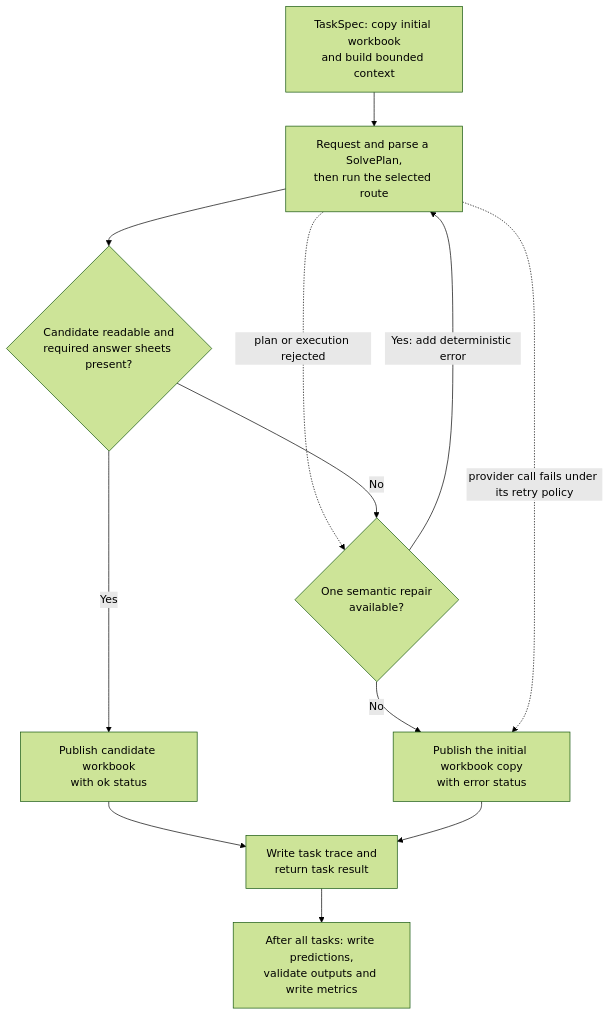
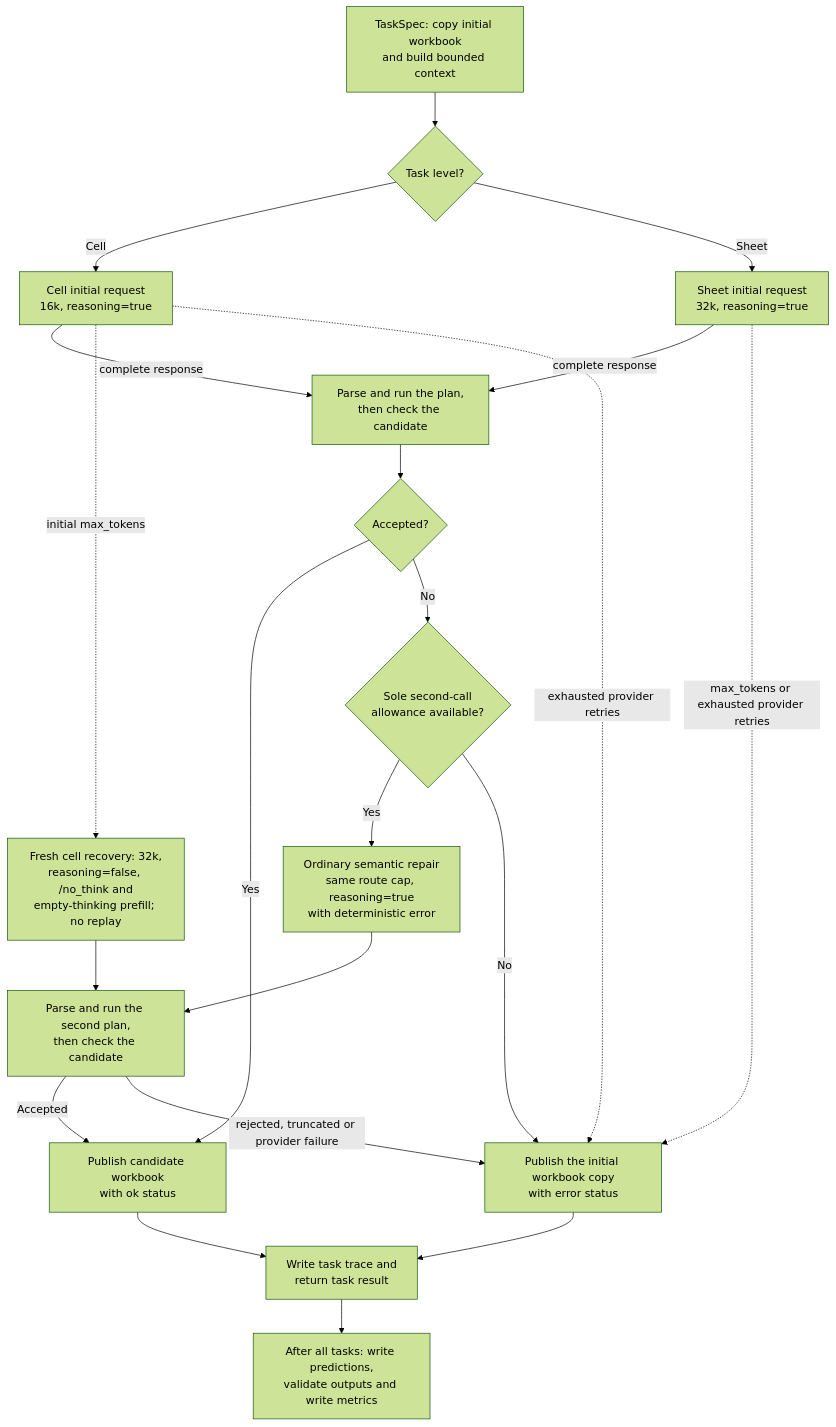
One commit to MasteraSnackin/ExactSource changed the second of 2 diagrams in docs/ARCHITECTURE.md. Above: the diagram before and after it, drawn with Mermaid (forest theme). The commit also changed other lines of this file and 6 other files, not shown here.

Commit message:
docs: record bounded recovery policy and metrics

````diff
--- a/docs/ARCHITECTURE.md
+++ b/docs/ARCHITECTURE.md
@@ -81,21 +81,39 @@
 ```mermaid
 flowchart TD
     accTitle: ExactSource task pipeline
-    accDescr: A task normally moves from a temporary workbook copy through context construction, a model request, typed plan validation, route execution and structural checks. A rejected plan, execution or candidate check may use one semantic repair. A provider call that fails under its retry policy, or an exhausted repair, publishes the initial workbook with an error status. Every task result then enters final batch validation.
+    accDescr: A task moves from a temporary workbook and bounded context to a route-specific initial request. Cell requests use a 16,000-token cap and sheet requests use 32,000, both with reasoning requested. A completed but rejected plan may use the sole second call as an ordinary repair at the same route policy. Only an initial cell request stopped at max_tokens may instead use that second call as a fresh 32,000-token no-think-requested recovery. No path permits a third logical call. Accepted candidates are published; exhausted paths publish the initial workbook with an error status.
 
     Prepare["TaskSpec: copy initial workbook<br/>and build bounded context"]
-    Attempt["Request and parse a SolvePlan,<br/>then run the selected route"]
-    Check{"Candidate readable and<br/>required answer sheets present?"}
-    Check -->|Yes| Publish["Publish candidate workbook<br/>with ok status"]
+    Route{"Task level?"}
+    Cell["Cell initial request<br/>16k, reasoning=true"]
+    Sheet["Sheet initial request<br/>32k, reasoning=true"]
+    Validate["Parse and run the plan,<br/>then check the candidate"]
+    Accepted{"Accepted?"}
+    Second{"Sole second-call<br/>allowance available?"}
+    Repair["Ordinary semantic repair<br/>same route cap, reasoning=true<br/>with deterministic error"]
+    Recovery["Fresh cell recovery: 32k,<br/>reasoning=false, /no_think and<br/>empty-thinking prefill; no replay"]
+    FinalValidate["Parse and run the second plan,<br/>then check the candidate"]
+    Publish["Publish candidate workbook<br/>with ok status"]
+    Fallback["Publish the initial workbook copy<br/>with error status"]
 
-    Prepare --> Attempt
-    Attempt --> Check
-    Attempt -.->|"plan or execution rejected"| Repair{"One semantic repair<br/>available?"}
-    Check -->|No| Repair
-    Repair -->|"Yes: add deterministic error"| Attempt
-    Repair -->|No| Fallback["Publish the initial workbook copy<br/>with error status"]
-    Attempt -.->|"provider call fails under its retry policy"| Fallback
+    Prepare --> Route
+    Route -->|Cell| Cell
+    Route -->|Sheet| Sheet
+    Cell -->|"complete response"| Validate
+    Sheet -->|"complete response"| Validate
+    Cell -.->|"initial max_tokens"| Recovery
+    Sheet -.->|"max_tokens or exhausted provider retries"| Fallback
+    Validate --> Accepted
+    Accepted -->|Yes| Publish
+    Accepted -->|No| Second
+    Second -->|Yes| Repair
+    Second -->|No| Fallback
+    Repair --> FinalValidate
+    Recovery --> FinalValidate
+    FinalValidate -->|Accepted| Publish
+    FinalValidate -->|"rejected, truncated or provider failure"| Fallback
+    Cell -.->|"exhausted provider retries"| Fallback
     Publish --> TaskResult["Write task trace and<br/>return task result"]
     Fallback --> TaskResult
     TaskResult --> Batch["After all tasks: write predictions,<br/>validate outputs and write metrics"]
 ```
````
